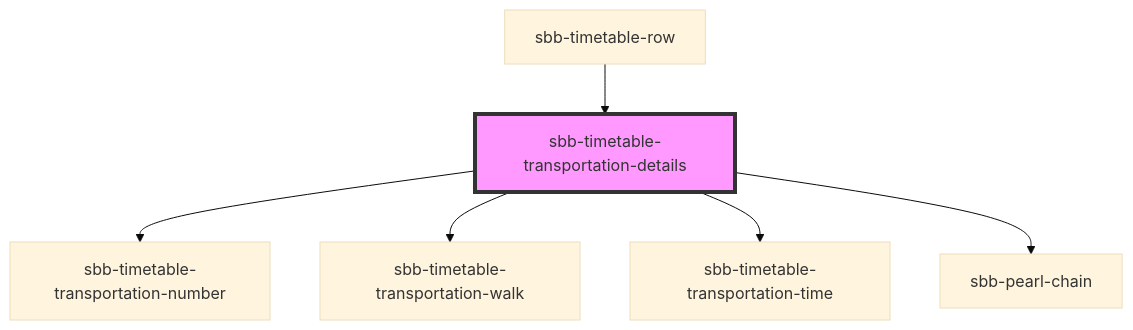
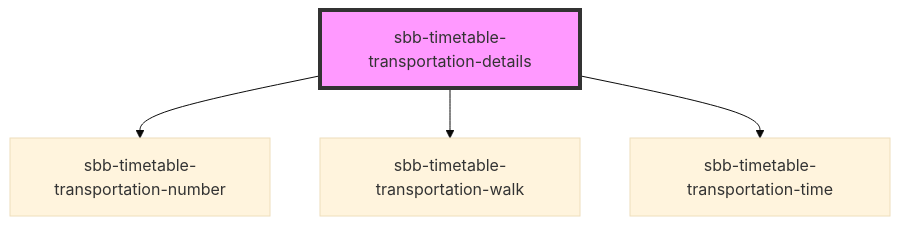
The diagram in src/components/sbb-timetable-transportation-details/readme.md (sbb-design-systems/lyne-components), drawn with Mermaid (base theme) before and after one commit. The commit also changed other lines of this file and 54 other files, not shown here.

Commit message:
refactor(sbb-timetable-row/sbb-pearl-chain): major refactoring (#1331)

````diff
--- a/src/components/sbb-timetable-transportation-details/readme.md
+++ b/src/components/sbb-timetable-transportation-details/readme.md
@@ -30,9 +25,7 @@
 ```mermaid
 graph TD;
   sbb-timetable-transportation-details --> sbb-timetable-transportation-number
   sbb-timetable-transportation-details --> sbb-timetable-transportation-walk
   sbb-timetable-transportation-details --> sbb-timetable-transportation-time
-  sbb-timetable-transportation-details --> sbb-pearl-chain
-  sbb-timetable-row --> sbb-timetable-transportation-details
   style sbb-timetable-transportation-details fill:#f9f,stroke:#333,stroke-width:4px
 ```
````
